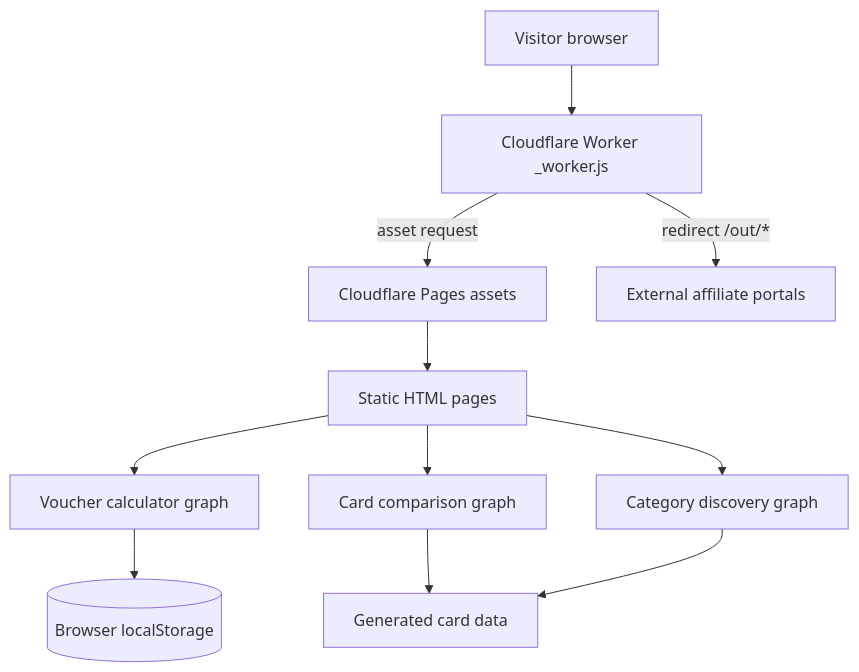
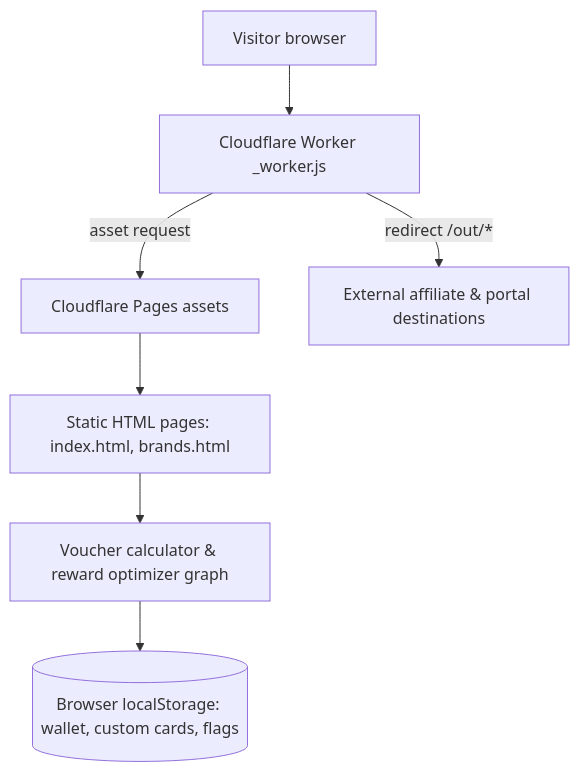
One commit to Ashwani07/voucher-discount-calculator changed the first of 14 diagrams in docs/RepositoryArchitecture.md. Above: the diagram before and after it, drawn with Mermaid. The commit also changed other lines of this file and 12 other files, not shown here.

Commit message:
Refine voucher optimizer calculations and pipeline reliability. Remove unused scraped card data, fix Amazon and Axis reward handling, improve monthly cap disclosures, add HITL verification, and update voucher-only architecture and operations docs.

````diff
--- a/docs/RepositoryArchitecture.md
+++ b/docs/RepositoryArchitecture.md
@@ -31,23 +32,17 @@
 ```mermaid
 flowchart TB
     Visitor[Visitor browser]
     Worker[Cloudflare Worker _worker.js]
     Assets[Cloudflare Pages assets]
-    Pages[Static HTML pages]
-    Core[Voucher calculator graph]
-    Compare[Card comparison graph]
-    Discover[Category discovery graph]
-    Storage[(Browser localStorage)]
-    Affiliate[External affiliate portals]
+    Pages[Static HTML pages: index.html, brands.html]
+    Core[Voucher calculator & reward optimizer graph]
+    Storage[(Browser localStorage: wallet, custom cards, flags)]
+    Affiliate[External affiliate & portal destinations]
 
     Visitor --> Worker
     Worker -->|redirect /out/*| Affiliate
     Worker -->|asset request| Assets
     Assets --> Pages
     Pages --> Core
-    Pages --> Compare
-    Pages --> Discover
     Core --> Storage
-    Compare --> Data[Generated card data]
-    Discover --> Data
 ```
````
